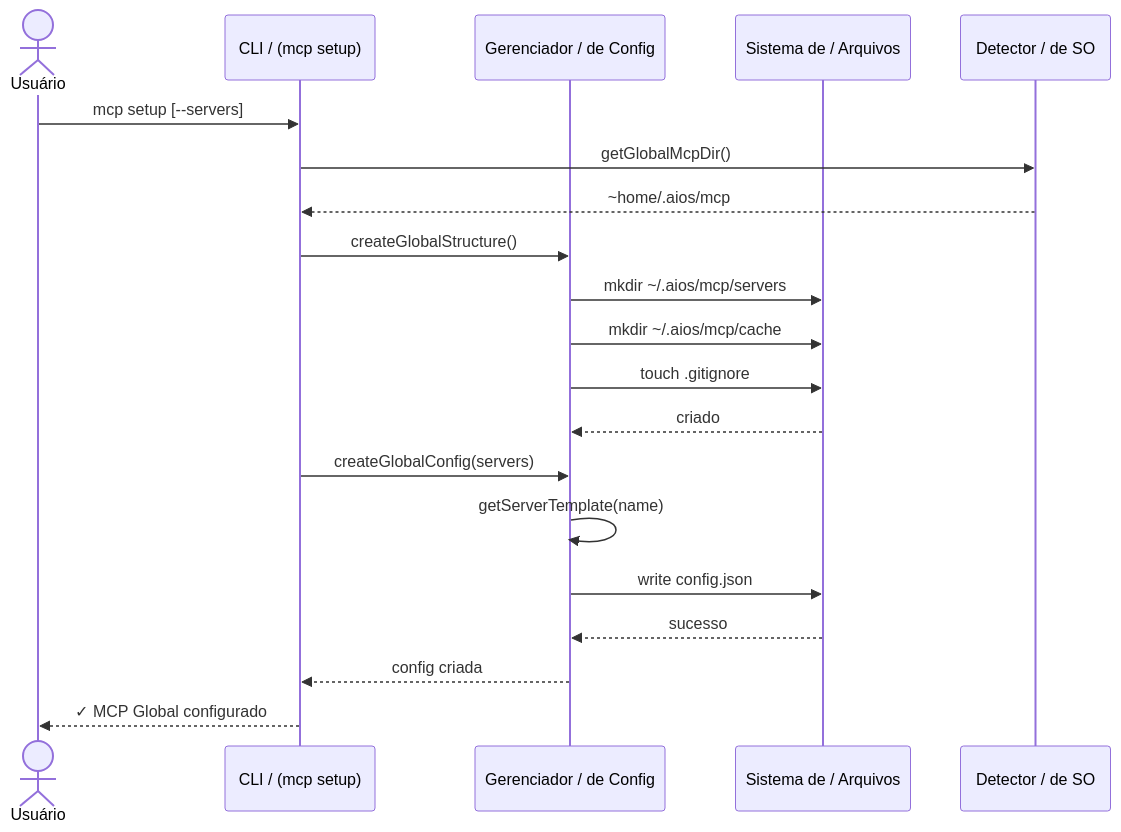
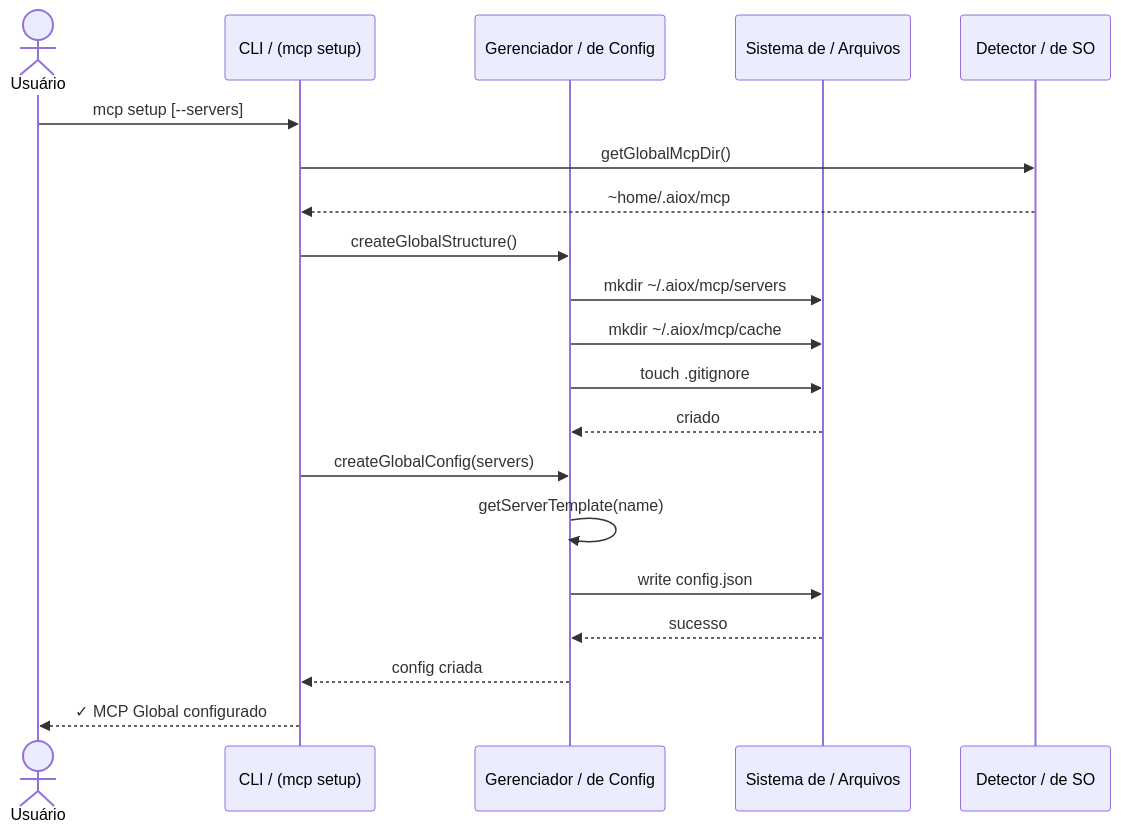
Before and after one commit to bychrisr/aios-docs: the first of 2 diagrams in content/pt-BR/docs/architecture/mcp-system-diagrams.mdx, drawn with Mermaid. The commit also changed other lines of this file and 564 other files, not shown here.

````diff
--- a/content/pt-BR/docs/architecture/mcp-system-diagrams.mdx
+++ b/content/pt-BR/docs/architecture/mcp-system-diagrams.mdx
@@ -21,23 +21,23 @@
 ```mermaid
 sequenceDiagram
     actor User as Usuário
     participant CLI as CLI / (mcp setup)
     participant Mgr as Gerenciador / de Config
     participant FS as Sistema de / Arquivos
     participant Detector as Detector / de SO
 
     User->>CLI: mcp setup [--servers]
     CLI->>Detector: getGlobalMcpDir()
-    Detector-->>CLI: ~home/.aios/mcp
+    Detector-->>CLI: ~home/.aiox/mcp
     CLI->>Mgr: createGlobalStructure()
-    Mgr->>FS: mkdir ~/.aios/mcp/servers
-    Mgr->>FS: mkdir ~/.aios/mcp/cache
+    Mgr->>FS: mkdir ~/.aiox/mcp/servers
+    Mgr->>FS: mkdir ~/.aiox/mcp/cache
     Mgr->>FS: touch .gitignore
     FS-->>Mgr: criado
     CLI->>Mgr: createGlobalConfig(servers)
     Mgr->>Mgr: getServerTemplate(name)
     Mgr->>FS: write config.json
     FS-->>Mgr: sucesso
     Mgr-->>CLI: config criada
     CLI-->>User: ✓ MCP Global configurado
 ```
````
